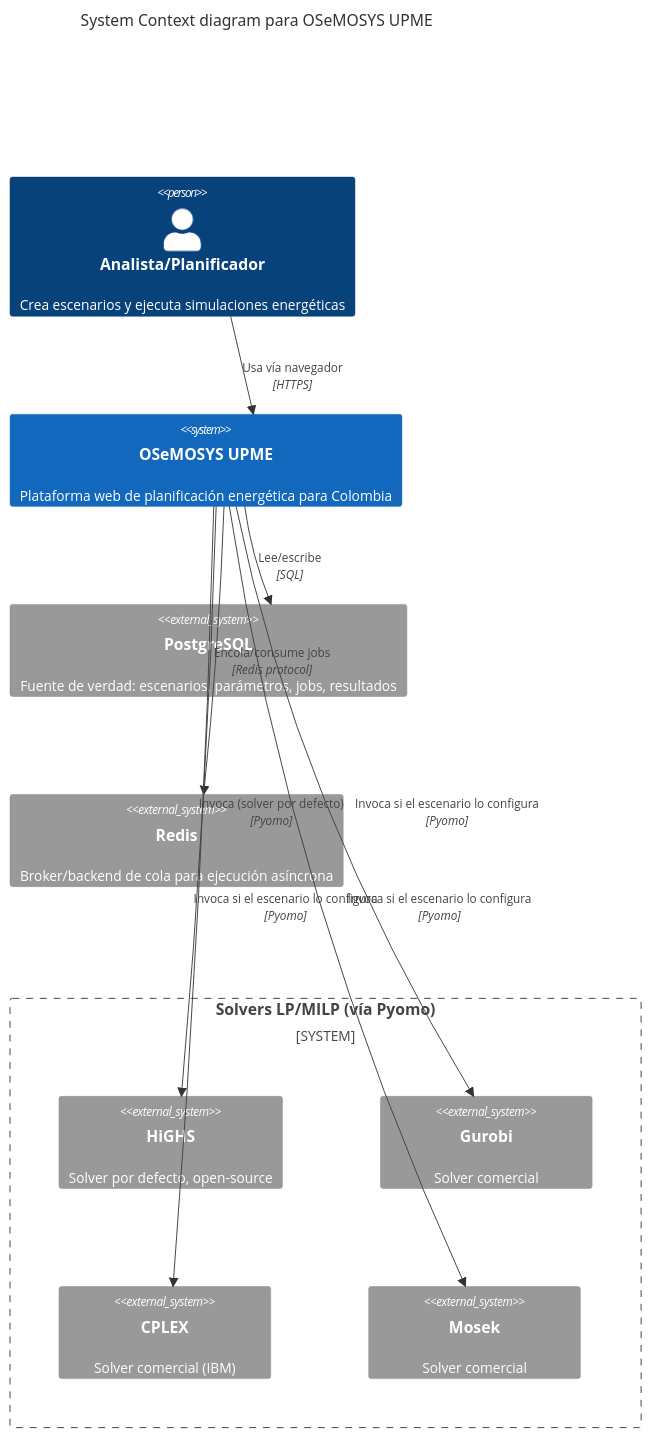
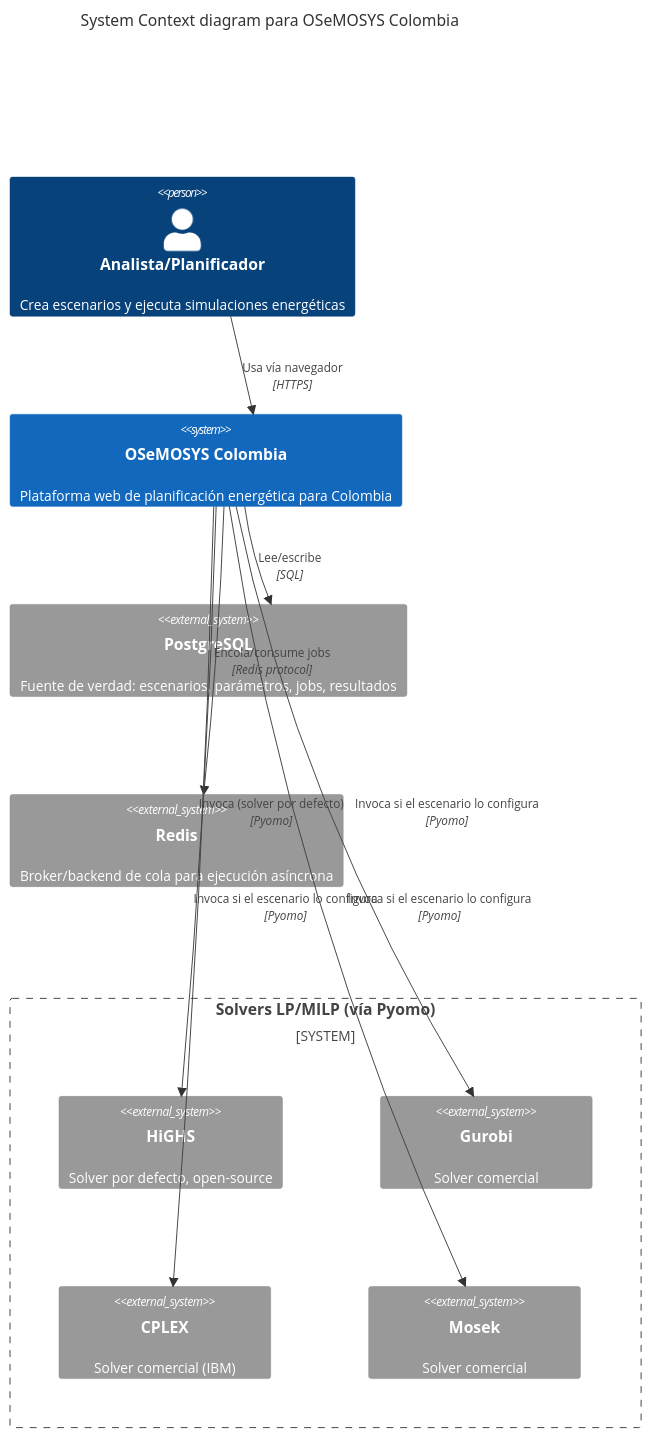
The first of 3 diagrams in docs/architecture/overview.md (jdominguez94/osemosys-col-docs), drawn with Mermaid before and after one commit. The commit also changed other lines of this file and 9 other files, not shown here.

Commit message:
docs: rename platform to OSeMOSYS Colombia throughout site and diagrams

````diff
--- a/docs/architecture/overview.md
+++ b/docs/architecture/overview.md
@@ -69,26 +69,26 @@
 ```mermaid
 C4Context
-    title System Context diagram para OSeMOSYS UPME
+    title System Context diagram para OSeMOSYS Colombia
 
     Person(analyst, "Analista/Planificador", "Crea escenarios y ejecuta simulaciones energéticas")
 
-    System(osemosys, "OSeMOSYS UPME", "Plataforma web de planificación energética para Colombia")
+    System(osemosys, "OSeMOSYS Colombia", "Plataforma web de planificación energética para Colombia")
 
     System_Ext(postgres, "PostgreSQL", "Fuente de verdad: escenarios, parámetros, jobs, resultados")
     System_Ext(redis, "Redis", "Broker/backend de cola para ejecución asíncrona")
 
     System_Boundary(solvers, "Solvers LP/MILP (vía Pyomo)") {
         System_Ext(highs, "HiGHS", "Solver por defecto, open-source")
         System_Ext(gurobi, "Gurobi", "Solver comercial")
         System_Ext(cplex, "CPLEX", "Solver comercial (IBM)")
         System_Ext(mosek, "Mosek", "Solver comercial")
     }
 
     Rel(analyst, osemosys, "Usa vía navegador", "HTTPS")
     Rel(osemosys, postgres, "Lee/escribe", "SQL")
     Rel(osemosys, redis, "Encola/consume jobs", "Redis protocol")
     Rel(osemosys, highs, "Invoca (solver por defecto)", "Pyomo")
     Rel(osemosys, gurobi, "Invoca si el escenario lo configura", "Pyomo")
     Rel(osemosys, cplex, "Invoca si el escenario lo configura", "Pyomo")
     Rel(osemosys, mosek, "Invoca si el escenario lo configura", "Pyomo")
 ```
````
